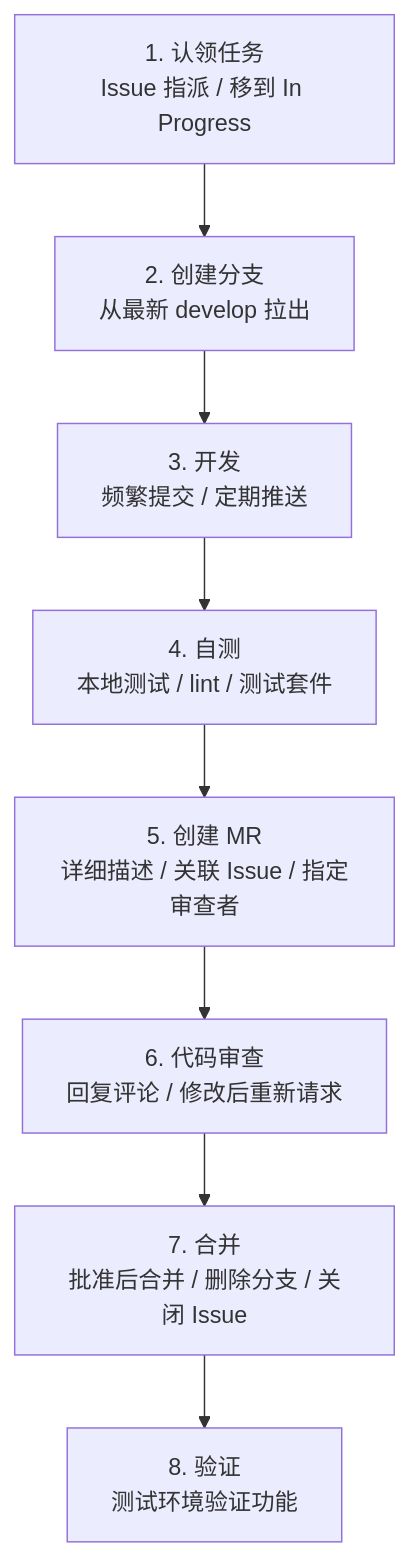
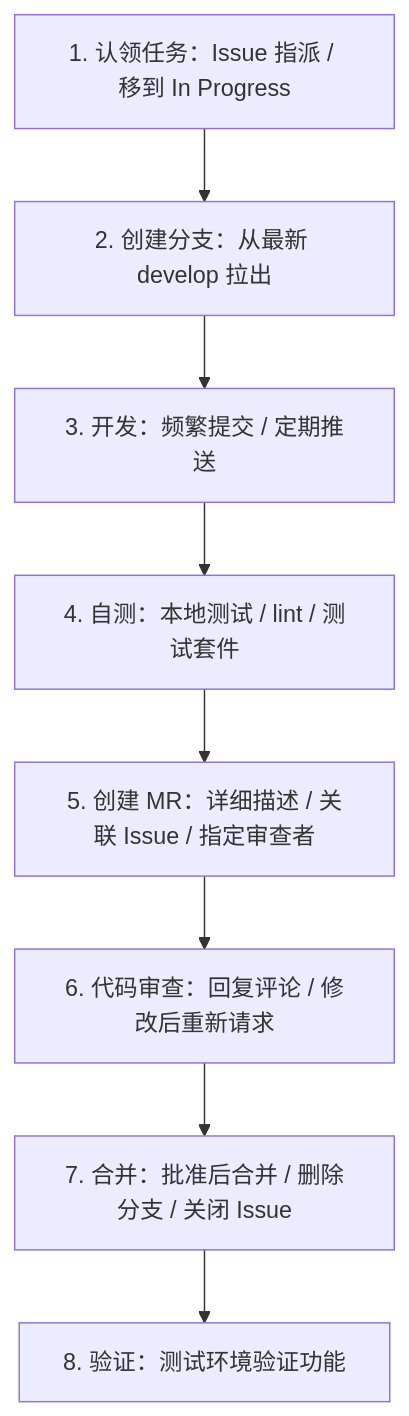
Before and after one commit to zerioo1970/summary: diagram 15 of 22 in GitLab-完整使用指南.md, drawn with Mermaid. The commit also changed other lines of this file, not shown here.

Commit message:
docs: 提升 Mermaid 兼容性（flowchart→graph, <br/>→单行），适配旧版渲染器

````diff
--- a/GitLab-完整使用指南.md
+++ b/GitLab-完整使用指南.md
@@ -2174,10 +2174,10 @@
 ```mermaid
-flowchart TD
-    A["1. 认领任务<br/>Issue 指派 / 移到 In Progress"] --> B["2. 创建分支<br/>从最新 develop 拉出"]
-    B --> C["3. 开发<br/>频繁提交 / 定期推送"]
-    C --> D["4. 自测<br/>本地测试 / lint / 测试套件"]
-    D --> E["5. 创建 MR<br/>详细描述 / 关联 Issue / 指定审查者"]
-    E --> F["6. 代码审查<br/>回复评论 / 修改后重新请求"]
-    F --> G["7. 合并<br/>批准后合并 / 删除分支 / 关闭 Issue"]
-    G --> H["8. 验证<br/>测试环境验证功能"]
+graph TD
+    A["1. 认领任务：Issue 指派 / 移到 In Progress"] --> B["2. 创建分支：从最新 develop 拉出"]
+    B --> C["3. 开发：频繁提交 / 定期推送"]
+    C --> D["4. 自测：本地测试 / lint / 测试套件"]
+    D --> E["5. 创建 MR：详细描述 / 关联 Issue / 指定审查者"]
+    E --> F["6. 代码审查：回复评论 / 修改后重新请求"]
+    F --> G["7. 合并：批准后合并 / 删除分支 / 关闭 Issue"]
+    G --> H["8. 验证：测试环境验证功能"]
 ```
````
